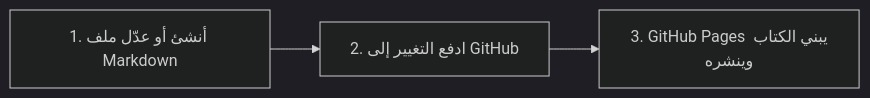
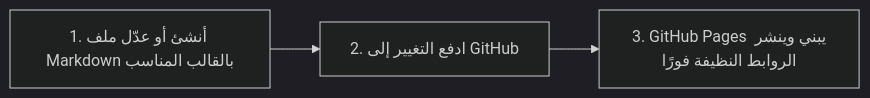
One commit to fakhruldeen/book changed the diagram in 04_authoring.md. Above: the diagram before and after it, drawn with Mermaid (dark theme). The commit also changed other lines of this file and 7 other files, not shown here.

````diff
--- a/04_authoring.md
+++ b/04_authoring.md
@@ -28,5 +32,5 @@
 ```mermaid
 flowchart LR
-    A["1. أنشئ أو عدّل ملف Markdown"] --> B["2. ادفع التغيير إلى GitHub"]
-    B --> C["3. GitHub Pages يبني الكتاب وينشره"]
+    A["1. أنشئ أو عدّل ملف Markdown بالقالب المناسب"] --> B["2. ادفع التغيير إلى GitHub"]
+    B --> C["3. GitHub Pages يبني وينشر الروابط النظيفة فورًا"]
 ```
````
